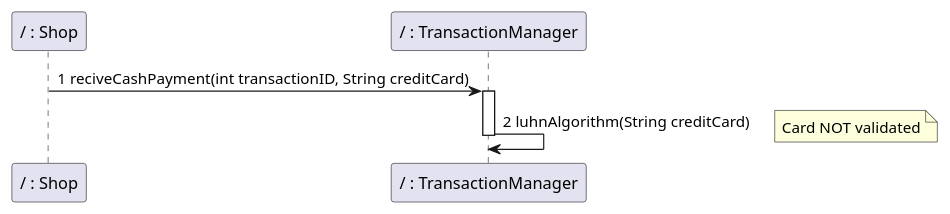
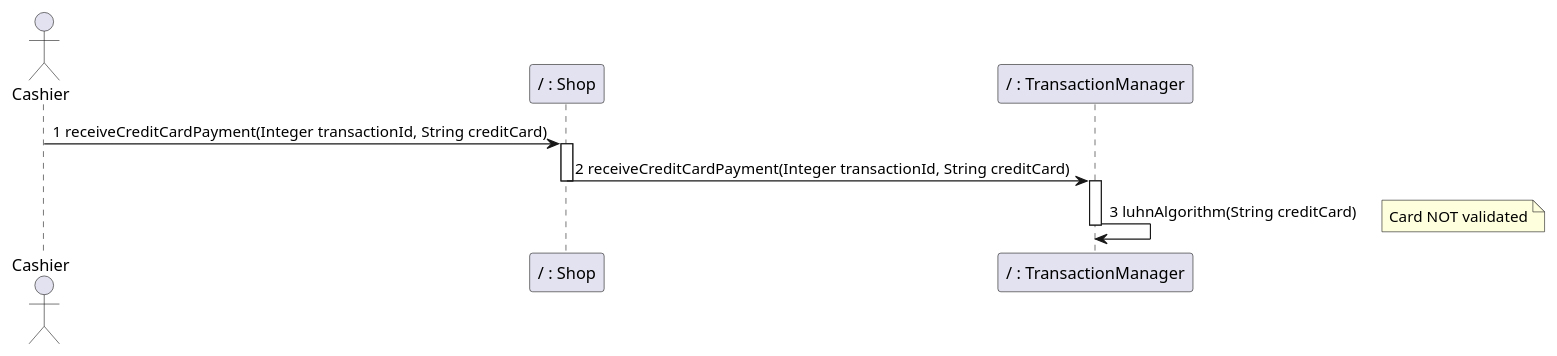
Diagram 25 of 32 in Deliverables/DesignDocument.md (nicolabattaglino/ezshop), drawn with PlantUML before and after one commit. The commit also changed other lines of this file, not shown here.

Commit message:
added cashier

````diff
--- a/Deliverables/DesignDocument.md
+++ b/Deliverables/DesignDocument.md
@@ -1287,11 +1291,15 @@
 ```plantuml
 @startuml
+actor Cashier
 participant "/ : Shop" as Shop
 participant "/ : TransactionManager" as TransactionManager
-Shop -> TransactionManager:1 reciveCashPayment(int transactionID, String creditCard)
+Cashier -> Shop:1 receiveCreditCardPayment(Integer transactionId, String creditCard)
+activate Shop
+Shop -> TransactionManager:2 receiveCreditCardPayment(Integer transactionId, String creditCard)
+deactivate Shop
 activate TransactionManager
-TransactionManager -> TransactionManager:2 luhnAlgorithm(String creditCard)
+TransactionManager -> TransactionManager:3 luhnAlgorithm(String creditCard)
 note right: Card NOT validated
 deactivate TransactionManager
 @enduml
 ```
````
